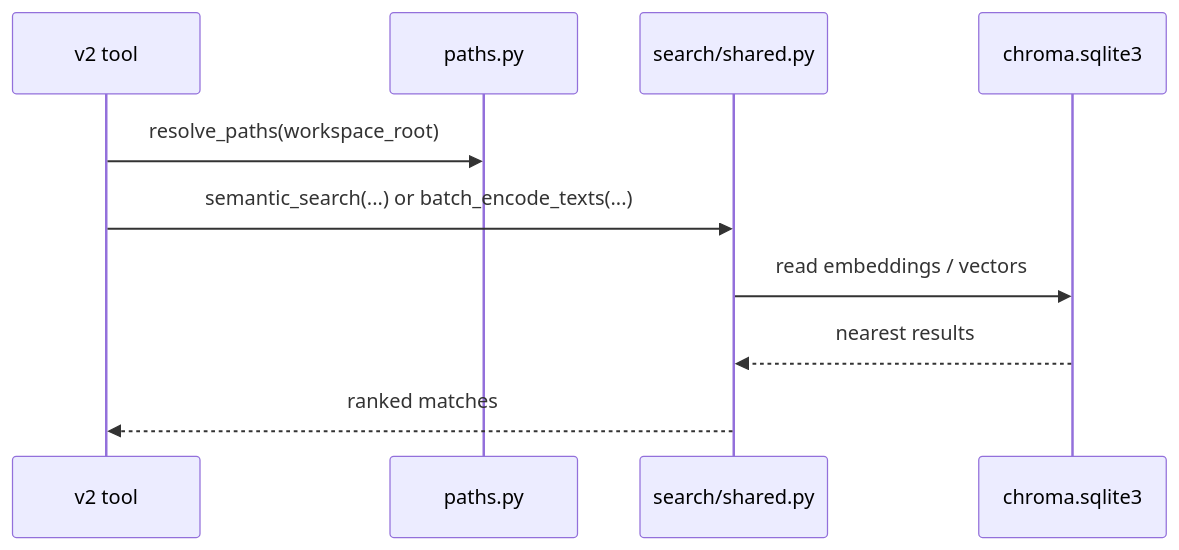
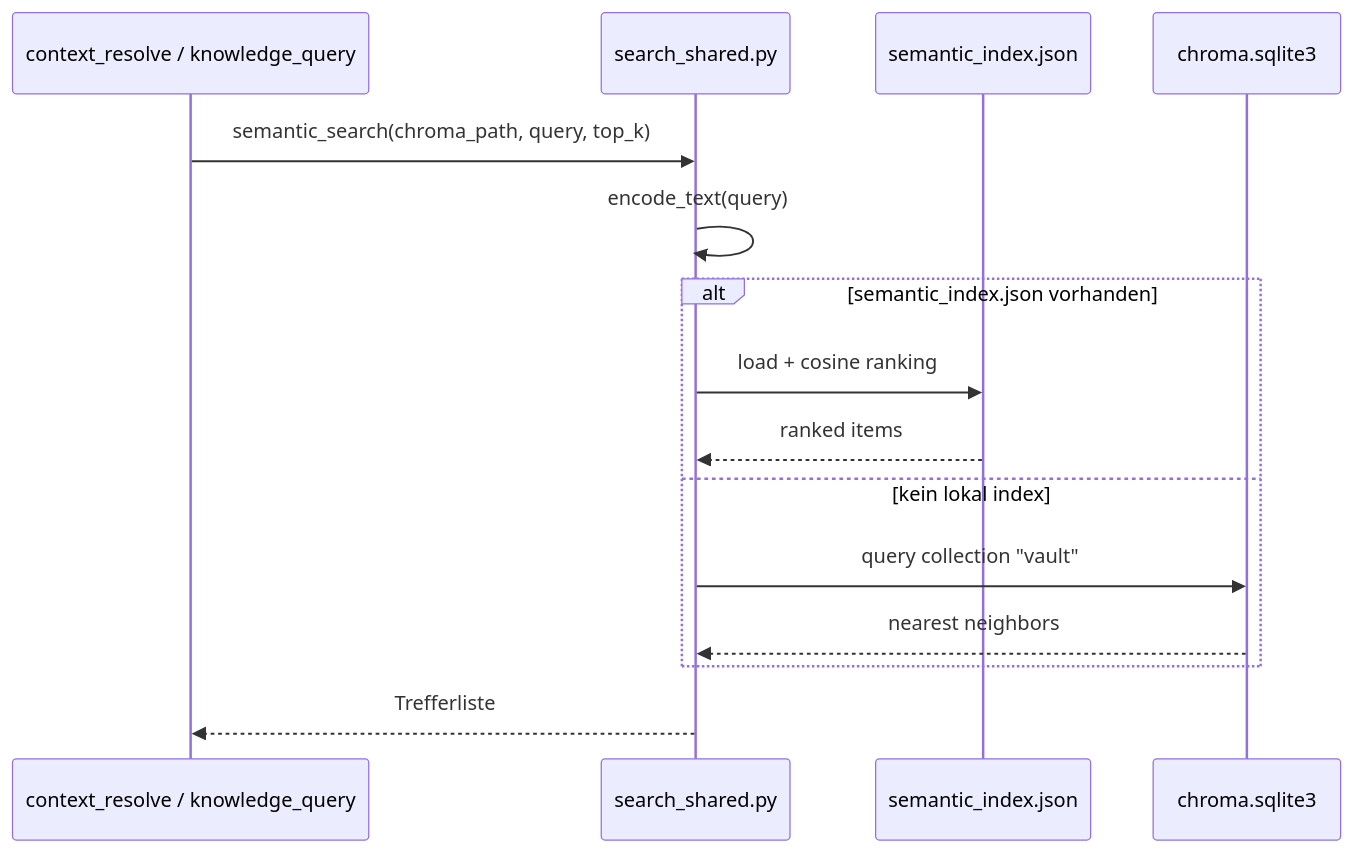
Before and after one commit to CorexX/nova: the third of 4 diagrams in mcp/README.md, drawn with Mermaid. The commit also changed other lines of this file and 14 other files, not shown here.

````diff
--- a/mcp/README.md
+++ b/mcp/README.md
@@ -73,13 +65,18 @@
 ```mermaid
 sequenceDiagram
-    participant T as v2 tool
-    participant P as paths.py
-    participant S as search/shared.py
-    participant C as chroma.sqlite3
+    participant T as context_resolve / knowledge_query
+    participant S as search_shared.py
+    participant IDX as semantic_index.json
+    participant CH as chroma.sqlite3
 
-    T->>P: resolve_paths(workspace_root)
-    T->>S: semantic_search(...) or batch_encode_texts(...)
-    S->>C: read embeddings / vectors
-    C-->>S: nearest results
-    S-->>T: ranked matches
+    T->>S: semantic_search(chroma_path, query, top_k)
+    S->>S: encode_text(query)
+    alt semantic_index.json vorhanden
+        S->>IDX: load + cosine ranking
+        IDX-->>S: ranked items
+    else kein lokal index
+        S->>CH: query collection "vault"
+        CH-->>S: nearest neighbors
+    end
+    S-->>T: Trefferliste
 ```
````
